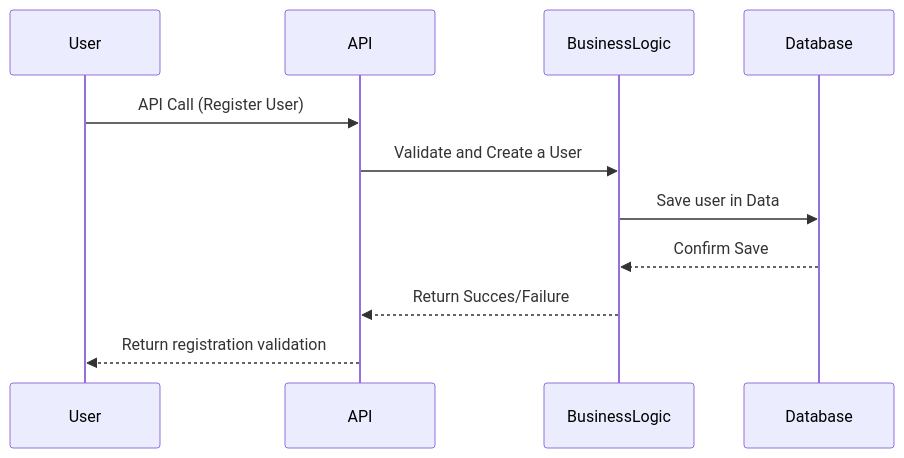
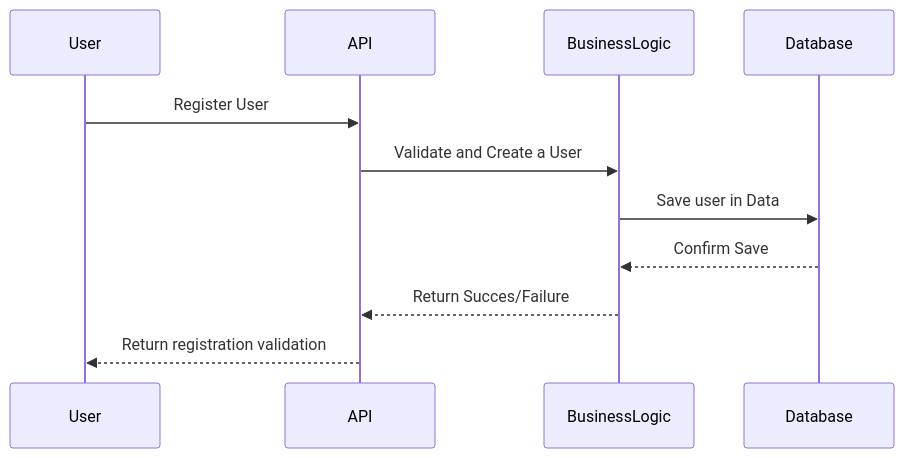
Before and after one commit to scotty800/holbertonschool-hbnb: the diagram in part1/task_02/task_02.mermaid, drawn with Mermaid.

Commit message:
delete some information

```diff
--- a/part1/task_02/task_02.mermaid
+++ b/part1/task_02/task_02.mermaid
@@ -1,12 +1,12 @@
 sequenceDiagram
 participant User
 participant API
 participant BusinessLogic
 participant Database
 
-User->>API: API Call (Register User)
+User->>API: Register User
 API->>BusinessLogic: Validate and Create a User
 BusinessLogic->>Database: Save user in Data
 Database-->>BusinessLogic: Confirm Save
 BusinessLogic-->>API: Return Succes/Failure
 API-->>User: Return registration validation
```
